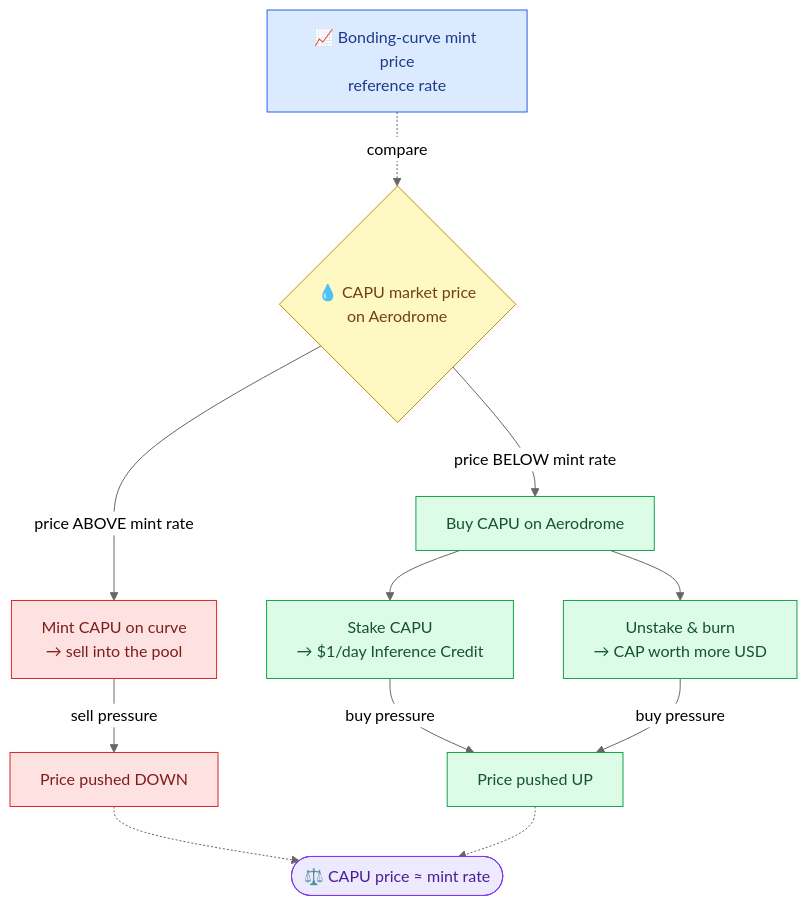
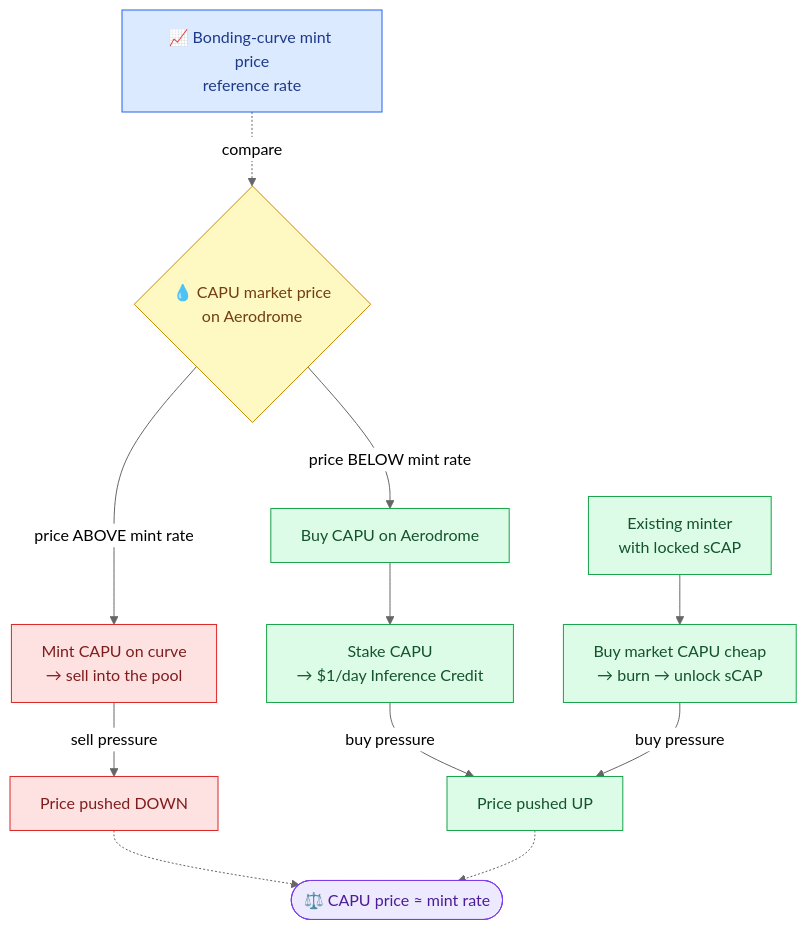
One commit to Capminal/capminal-gitbook changed the second of 2 diagrams in capminal/product-features/mint-capu.md. Above: the diagram before and after it, drawn with Mermaid (neutral theme). The commit also changed other lines of this file, not shown here.

Commit message:
docs(mint-capu): clarify arbitrage path requires existing minter position

````diff
--- a/capminal/product-features/mint-capu.md
+++ b/capminal/product-features/mint-capu.md
@@ -210,27 +210,27 @@
 ```mermaid
 flowchart TD
     MINT[📈 Bonding-curve mint price<br/>reference rate] -. compare .-> MKT{💧 CAPU market price<br/>on Aerodrome}
 
     MKT -->|price ABOVE mint rate| HIGH[Mint CAPU on curve<br/>→ sell into the pool]
     HIGH -->|sell pressure| DOWN[Price pushed DOWN]
 
     MKT -->|price BELOW mint rate| BUY[Buy CAPU on Aerodrome]
     BUY --> STAKE[Stake CAPU<br/>→ $1/day Inference Credit]
-    BUY --> REDEEM[Unstake & burn<br/>→ CAP worth more USD]
+    MINTER[Existing minter<br/>with locked sCAP] --> BUYBACK[Buy market CAPU cheap<br/>→ burn → unlock sCAP]
     STAKE -->|buy pressure| UP[Price pushed UP]
-    REDEEM -->|buy pressure| UP
+    BUYBACK -->|buy pressure| UP
 
     DOWN -.-> BAL([⚖️ CAPU price ≈ mint rate])
     UP -.-> BAL
 
     classDef ref fill:#dbeafe,stroke:#2563eb,color:#1e3a8a;
     classDef market fill:#fef9c3,stroke:#ca8a04,color:#713f12;
     classDef sell fill:#fee2e2,stroke:#dc2626,color:#7f1d1d;
     classDef buy fill:#dcfce7,stroke:#16a34a,color:#14532d;
     classDef bal fill:#ede9fe,stroke:#7c3aed,color:#4c1d95;
     class MINT ref;
     class MKT market;
     class HIGH,DOWN sell;
-    class BUY,STAKE,REDEEM,UP buy;
+    class BUY,STAKE,MINTER,BUYBACK,UP buy;
     class BAL bal;
 ```
````
